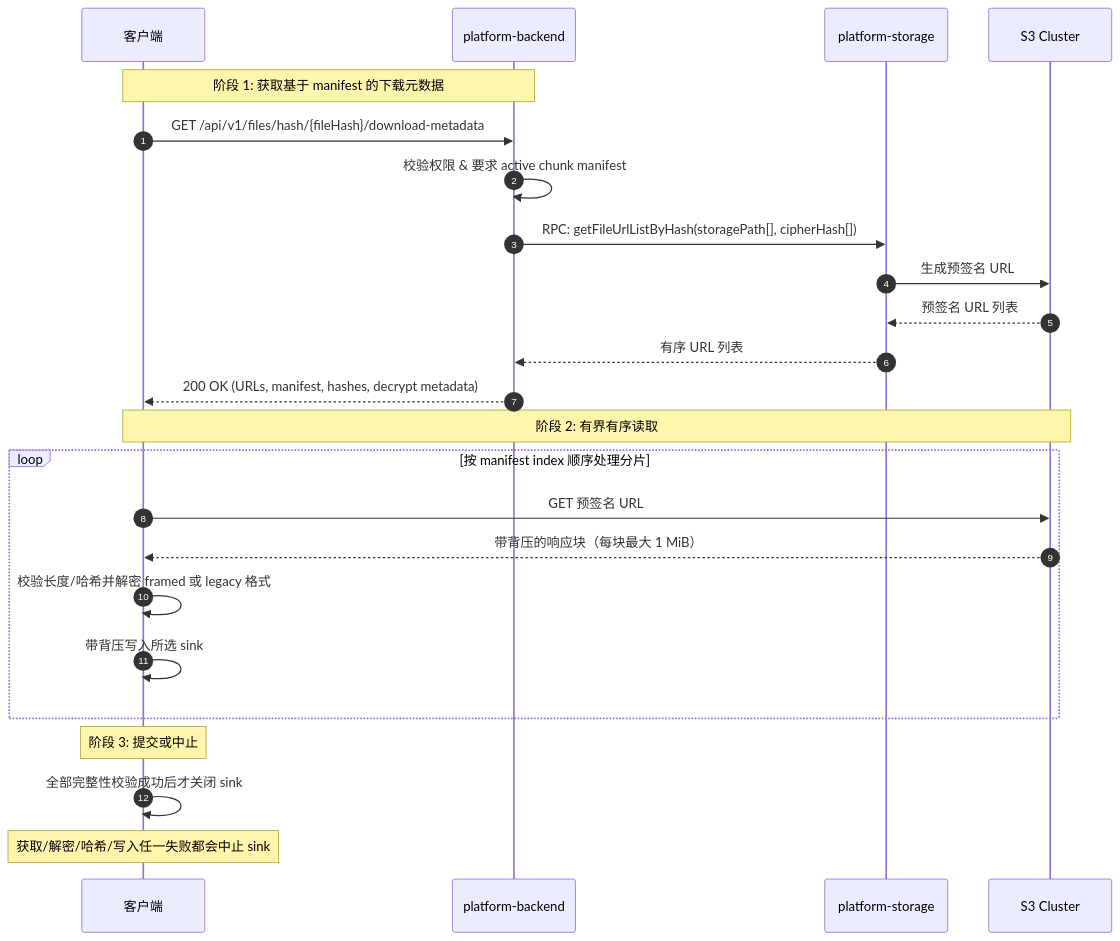
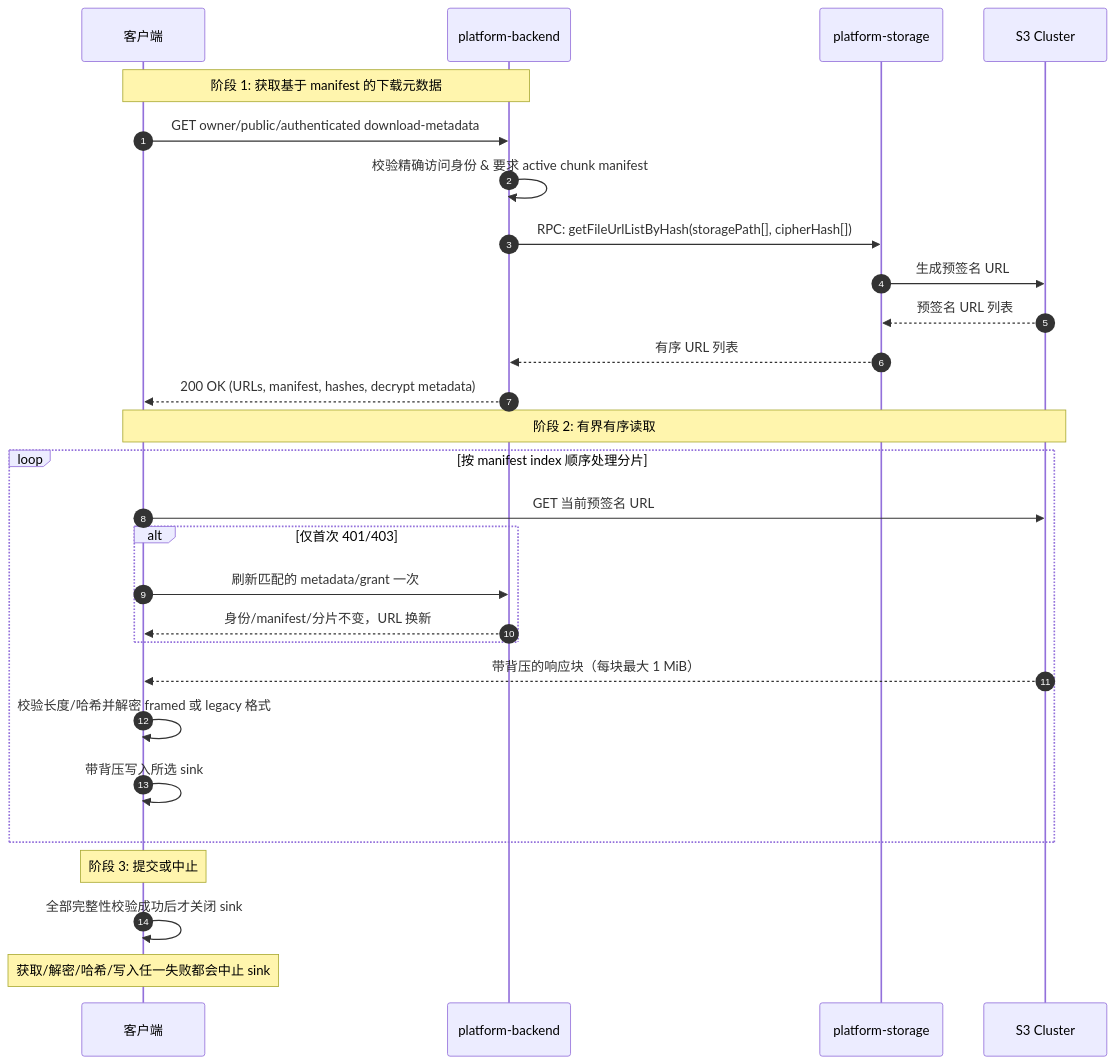
Before and after one commit to SoarCollab/RecordPlatform: the third of 9 diagrams in docs/zh/architecture/system-overview.md, drawn with Mermaid. The commit also changed other lines of this file and 41 other files, not shown here.

````diff
--- a/docs/zh/architecture/system-overview.md
+++ b/docs/zh/architecture/system-overview.md
@@ -154,30 +154,34 @@
 ```mermaid
 sequenceDiagram
     autonumber
 
     participant Client as 客户端
     participant Backend as platform-backend
     participant Storage as platform-storage
     participant S3 as S3 Cluster
 
     Note over Client, Backend: 阶段 1: 获取基于 manifest 的下载元数据
-    Client->>Backend: GET /api/v1/files/hash/{fileHash}/download-metadata
-    Backend->>Backend: 校验权限 & 要求 active chunk manifest
+    Client->>Backend: GET owner/public/authenticated download-metadata
+    Backend->>Backend: 校验精确访问身份 & 要求 active chunk manifest
     Backend->>Storage: RPC: getFileUrlListByHash(storagePath[], cipherHash[])
     Storage->>S3: 生成预签名 URL
     S3-->>Storage: 预签名 URL 列表
     Storage-->>Backend: 有序 URL 列表
     Backend-->>Client: 200 OK (URLs, manifest, hashes, decrypt metadata)
 
     Note over Client, S3: 阶段 2: 有界有序读取
     loop 按 manifest index 顺序处理分片
-        Client->>S3: GET 预签名 URL
+        Client->>S3: GET 当前预签名 URL
+        alt 仅首次 401/403
+            Client->>Backend: 刷新匹配的 metadata/grant 一次
+            Backend-->>Client: 身份/manifest/分片不变，URL 换新
+        end
         S3-->>Client: 带背压的响应块（每块最大 1 MiB）
         Client->>Client: 校验长度/哈希并解密 framed 或 legacy 格式
         Client->>Client: 带背压写入所选 sink
     end
 
     Note over Client: 阶段 3: 提交或中止
     Client->>Client: 全部完整性校验成功后才关闭 sink
     Note over Client: 获取/解密/哈希/写入任一失败都会中止 sink
 ```
````
